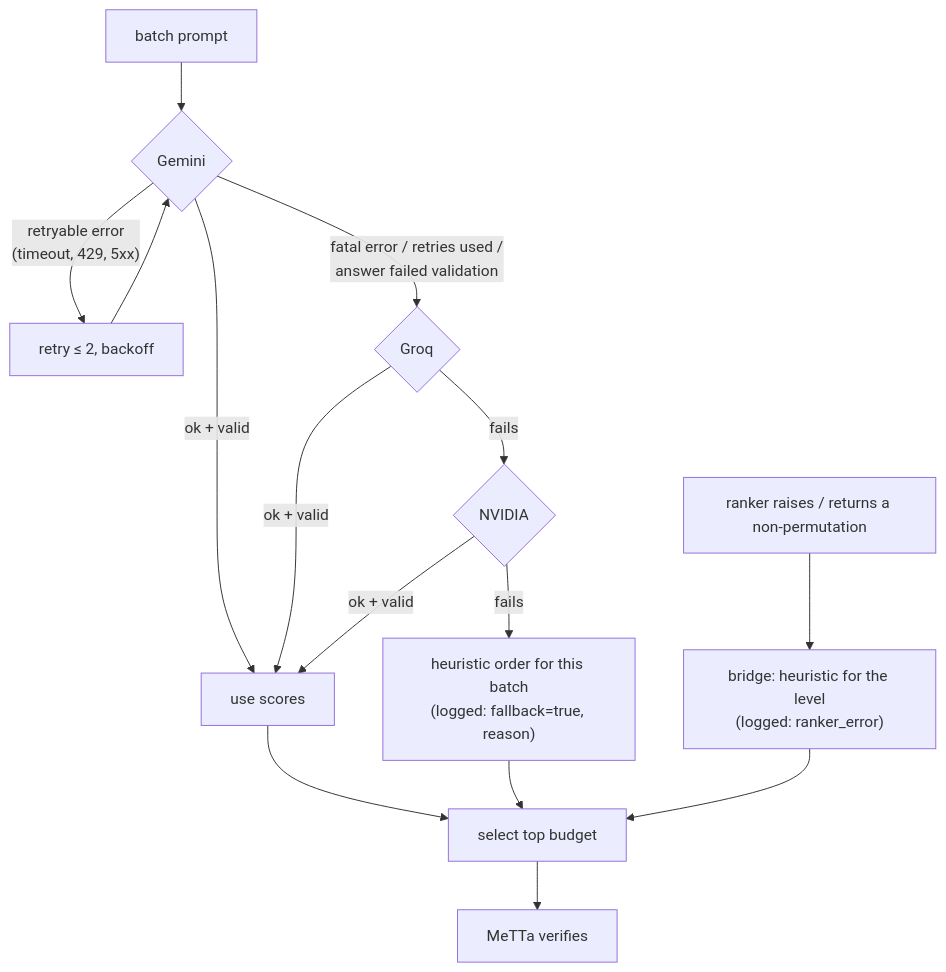
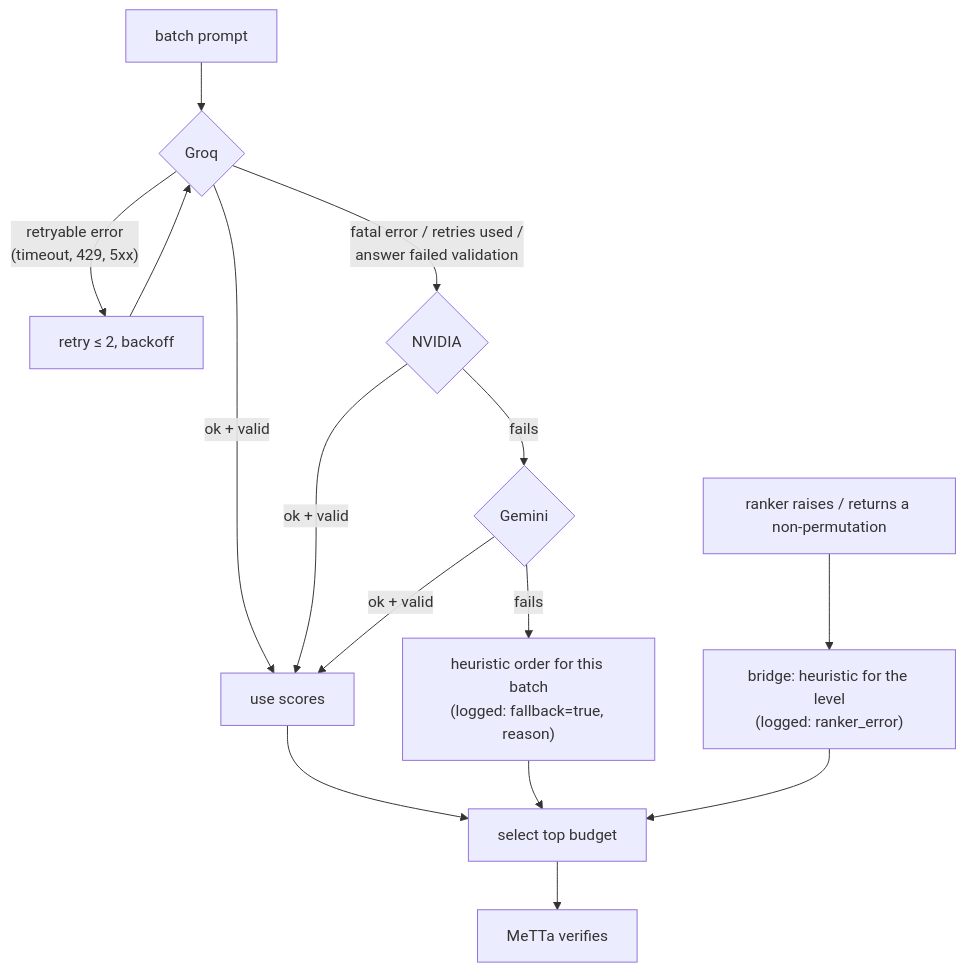
Before and after one commit to yeezyyoba/hyperon-miner-llm: the fourth of 4 diagrams in docs/03-architecture.md, drawn with Mermaid. The commit also changed other lines of this file and 6 other files, not shown here.

Commit message:
fix(llm): default order Groq -> NVIDIA -> Gemini; cache key includes providers

````diff
--- a/docs/03-architecture.md
+++ b/docs/03-architecture.md
@@ -144,15 +144,15 @@
 ```mermaid
 flowchart TD
-  Q["batch prompt"] --> P1{"Gemini"}
+  Q["batch prompt"] --> P1{"Groq"}
   P1 -- "ok + valid" --> USE["use scores"]
   P1 -- "retryable error<br/>(timeout, 429, 5xx)" --> RT1["retry ≤ 2, backoff"] --> P1
-  P1 -- "fatal error / retries used /<br/>answer failed validation" --> P2{"Groq"}
+  P1 -- "fatal error / retries used /<br/>answer failed validation" --> P2{"NVIDIA"}
   P2 -- "ok + valid" --> USE
-  P2 -- "fails" --> P3{"NVIDIA"}
+  P2 -- "fails" --> P3{"Gemini"}
   P3 -- "ok + valid" --> USE
   P3 -- "fails" --> FB["heuristic order for this batch<br/>(logged: fallback=true, reason)"]
   USE --> SEL["select top budget"]
   FB --> SEL
   SEL --> VER["MeTTa verifies"]
   X["ranker raises / returns a non-permutation"] --> FB2["bridge: heuristic for the level<br/>(logged: ranker_error)"] --> SEL
 ```
````
